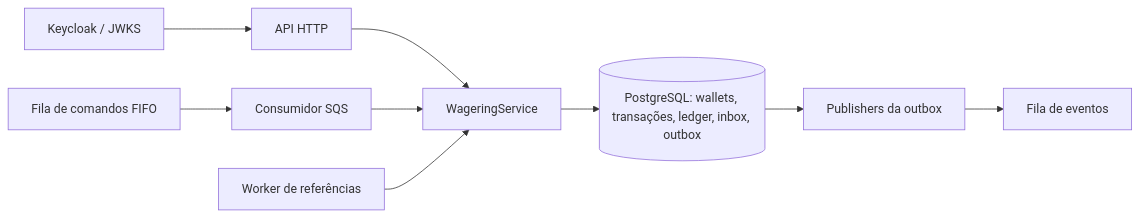
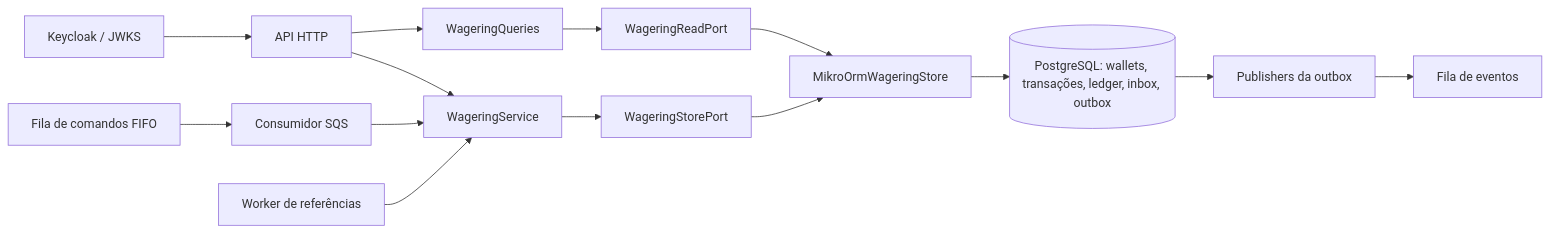
Before and after one commit to adrianochristian/dwp: the diagram in ARCHITECTURE.md, drawn with Mermaid. The commit also changed other lines of this file and 1 other file, not shown here.

````diff
--- a/ARCHITECTURE.md
+++ b/ARCHITECTURE.md
@@ -7,11 +7,16 @@
 ```mermaid
 flowchart LR
   H[API HTTP] --> U[WageringService]
   C[Fila de comandos FIFO] --> W[Consumidor SQS]
   W --> U
   R[Worker de referências] --> U
-  U --> D[(PostgreSQL: wallets, transações, ledger, inbox, outbox)]
+  U --> T[WageringStorePort]
+  H --> Q[WageringQueries]
+  Q --> V[WageringReadPort]
+  T --> A[MikroOrmWageringStore]
+  V --> A
+  A --> D[(PostgreSQL: wallets, transações, ledger, inbox, outbox)]
   D --> P[Publishers da outbox]
   P --> E[Fila de eventos]
   K[Keycloak / JWKS] --> H
 ```
````
